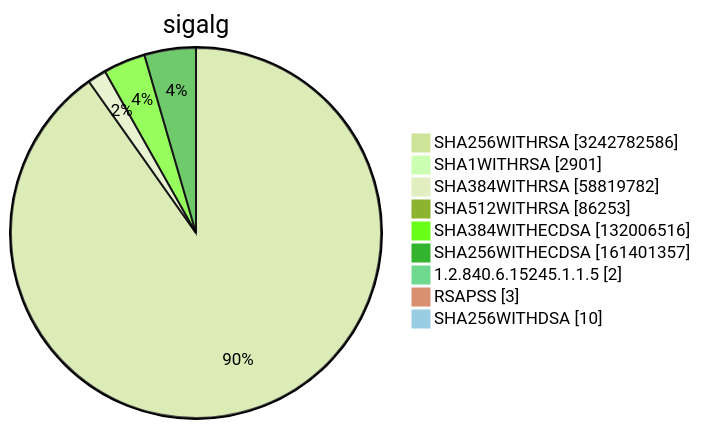
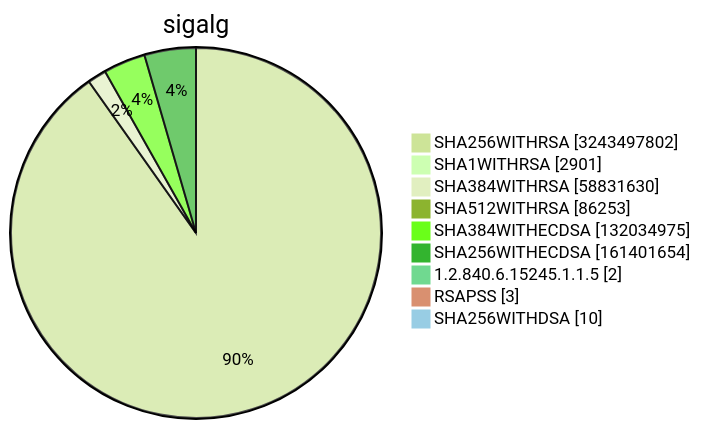
Before and after one commit to christiankrug/ctmonitor_visualization: diagram 15 of 15 in TOTAL/README.md, drawn with Mermaid (forest theme). The commit also changed other lines of this file, not shown here.

````diff
--- a/TOTAL/README.md
+++ b/TOTAL/README.md
@@ -6218,13 +6218,13 @@
 ```mermaid
 pie showData
 title sigalg
-"SHA256WITHRSA" :3242782586
+"SHA256WITHRSA" :3243497802
 "SHA1WITHRSA" :2901
-"SHA384WITHRSA" :58819782
+"SHA384WITHRSA" :58831630
 "SHA512WITHRSA" :86253
-"SHA384WITHECDSA" :132006516
-"SHA256WITHECDSA" :161401357
+"SHA384WITHECDSA" :132034975
+"SHA256WITHECDSA" :161401654
 "1.2.840.6.15245.1.1.5" :2
 "RSAPSS" :3
 "SHA256WITHDSA" :10
 ```
````
